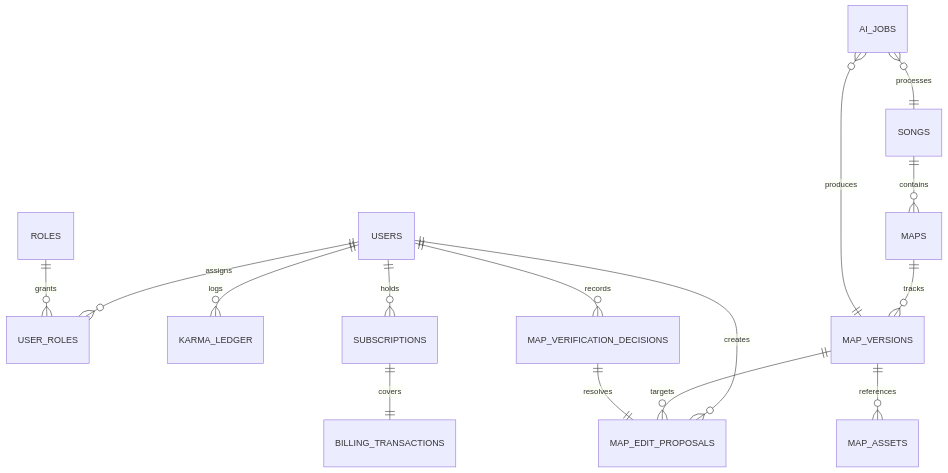
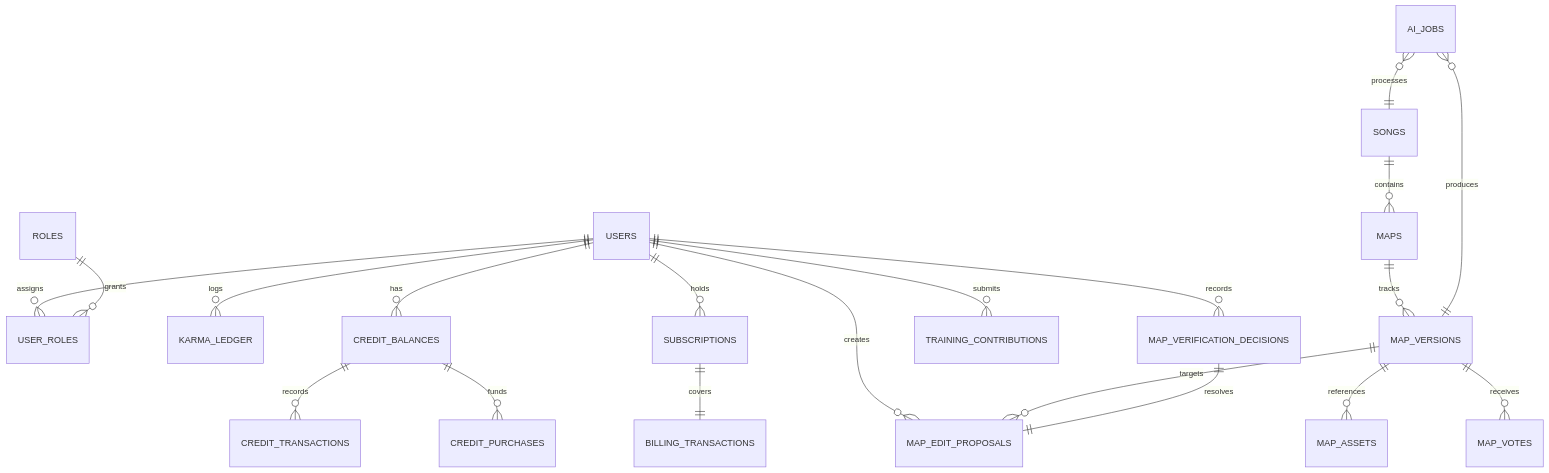
Before and after one commit to rosacry/BeatSight: the diagram in docs/web_backend_schema.md, drawn with Mermaid. The commit also changed other lines of this file and 12 other files, not shown here.

````diff
--- a/docs/web_backend_schema.md
+++ b/docs/web_backend_schema.md
@@ -6,23 +6,29 @@
 ```mermaid
 erDiagram
     USERS ||--o{ USER_ROLES : assigns
     USERS ||--o{ KARMA_LEDGER : logs
     USERS ||--o{ SUBSCRIPTIONS : holds
     USERS ||--o{ MAP_EDIT_PROPOSALS : creates
     USERS ||--o{ MAP_VERIFICATION_DECISIONS : records
+    USERS ||--o{ CREDIT_BALANCES : has
+    USERS ||--o{ TRAINING_CONTRIBUTIONS : submits
 
     ROLES ||--o{ USER_ROLES : grants
 
     SONGS ||--o{ MAPS : contains
     MAPS ||--o{ MAP_VERSIONS : tracks
     MAP_VERSIONS ||--o{ MAP_EDIT_PROPOSALS : targets
+    MAP_VERSIONS ||--o{ MAP_VOTES : receives
 
     MAP_VERSIONS ||--o{ MAP_ASSETS : references
 
     AI_JOBS }o--|| SONGS : processes
     AI_JOBS }o--|| MAP_VERSIONS : produces
 
     MAP_VERIFICATION_DECISIONS ||--|| MAP_EDIT_PROPOSALS : resolves
 
     SUBSCRIPTIONS ||--|| BILLING_TRANSACTIONS : covers
+    
+    CREDIT_BALANCES ||--o{ CREDIT_PURCHASES : funds
+    CREDIT_BALANCES ||--o{ CREDIT_TRANSACTIONS : records
 ```
````
